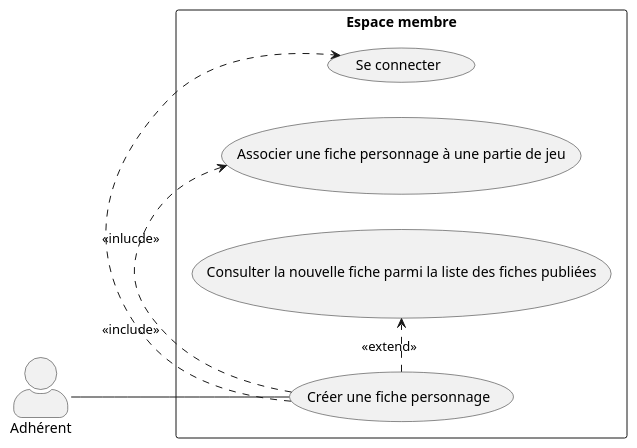
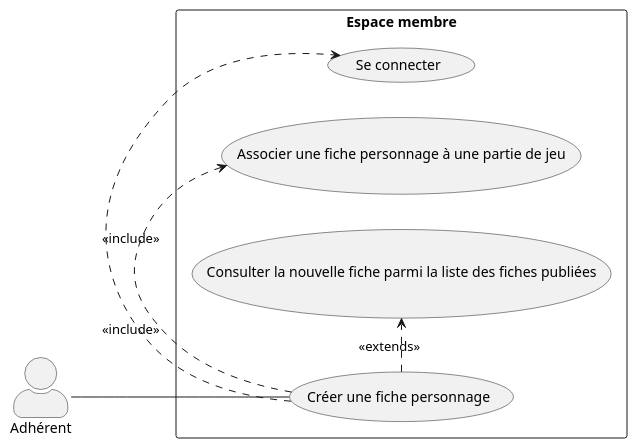
The diagram in docs/diagramme_utilisation_creer_fiche.puml (aurelien-genois/challenge-association-jeux-de-role), drawn with PlantUML before and after one commit. The commit also changed 5 other files, not shown here.

First line of the commit message:
📚 docs(app): Add UML sequence diagram

```diff
--- a/docs/diagramme_utilisation_creer_fiche.puml
+++ b/docs/diagramme_utilisation_creer_fiche.puml
@@ -1,22 +1,22 @@
 @startuml Créer une fiche personnage
 left to right direction
 skinparam actorStyle awesome
 
 actor Adhérent
 
 rectangle "Espace membre" {
     usecase "Se connecter" as UC1
     usecase "Créer une fiche personnage" as UC2
     usecase "Associer une fiche personnage à une partie de jeu" as UC3
     usecase "Consulter la nouvelle fiche parmi la liste des fiches publiées" as UC4
 }
 
 Adhérent -- UC2
 
 UC2 .> UC1 : <<include>>
 
-UC2 .> UC3 : <<inlucde>>
+UC2 .> UC3 : <<include>>
 
-UC2 .> UC4 : <<extend>>
+UC2 .> UC4 : <<extends>>
 
 @enduml
```
